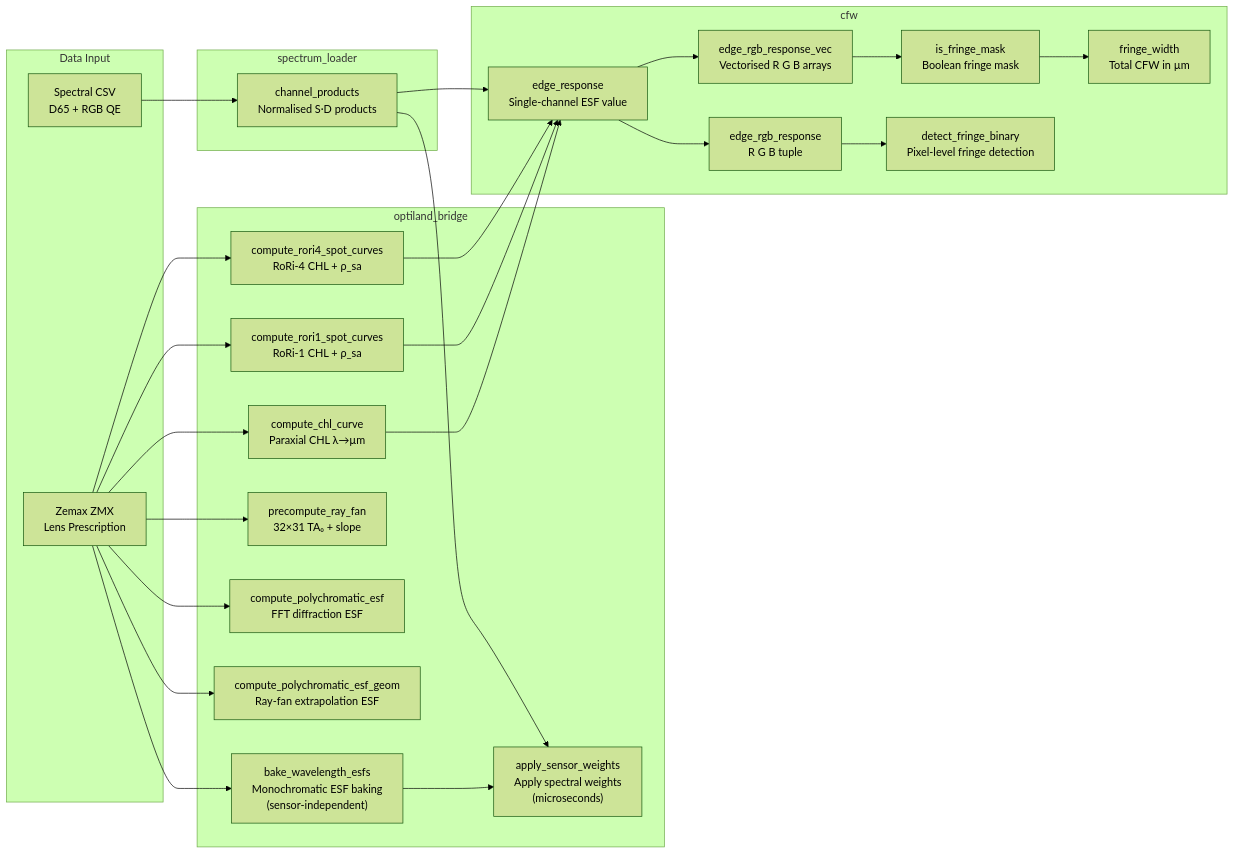
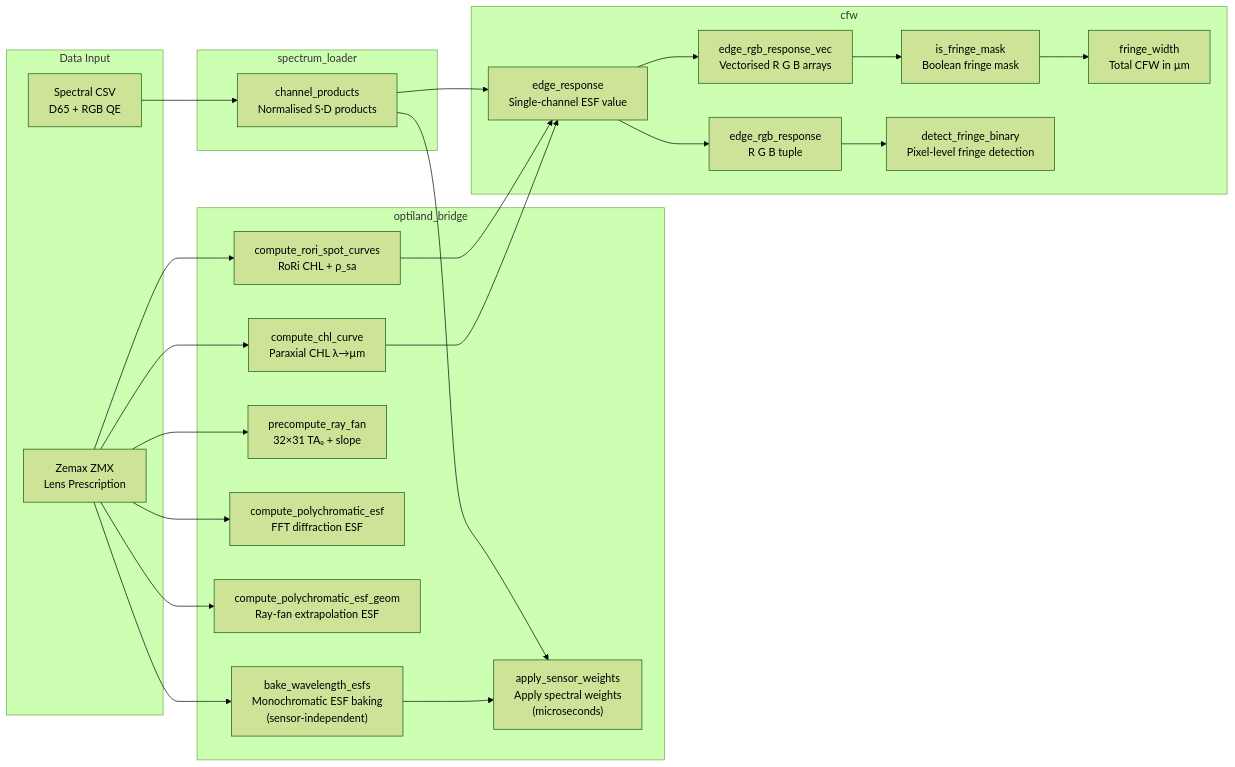
The second of 2 diagrams in report/ChromFringe_Report.md (Leyangf/ColorFringeCalculation), drawn with Mermaid (forest theme) before and after one commit. The commit also changed other lines of this file and 7 other files, not shown here.

````diff
--- a/report/ChromFringe_Report.md
+++ b/report/ChromFringe_Report.md
@@ -158,39 +158,38 @@
 ```mermaid
 flowchart LR
     subgraph Data Input
         ZMX[Zemax ZMX\nLens Prescription]
         CSV[Spectral CSV\nD65 + RGB QE]
     end
 
     subgraph optiland_bridge
         CHL[compute_chl_curve\nParaxial CHL λ→µm]
-        RORI1[compute_rori1_spot_curves\nRoRi-1 CHL + ρ_sa]
-        RORI4[compute_rori4_spot_curves\nRoRi-4 CHL + ρ_sa]
+        RORI[compute_rori_spot_curves\nRoRi CHL + ρ_sa]
         FAN[precompute_ray_fan\n32×31 TA₀ + slope]
         FFT[compute_polychromatic_esf\nFFT diffraction ESF]
         GEOM[compute_polychromatic_esf_geom\nRay-fan extrapolation ESF]
         BAKE["bake_wavelength_esfs\nMonochromatic ESF baking\n(sensor-independent)"]
         APPLY["apply_sensor_weights\nApply spectral weights\n(microseconds)"]
     end
 
     subgraph spectrum_loader
         SD[channel_products\nNormalised S·D products]
     end
 
     subgraph cfw
         ER[edge_response\nSingle-channel ESF value]
         ERGB[edge_rgb_response\nR G B tuple]
         ERVEC[edge_rgb_response_vec\nVectorised R G B arrays]
         IFM[is_fringe_mask\nBoolean fringe mask]
         DFB[detect_fringe_binary\nPixel-level fringe detection]
         FW[fringe_width\nTotal CFW in µm]
     end
 
-    ZMX --> CHL & RORI1 & RORI4 & FAN & FFT & GEOM & BAKE
+    ZMX --> CHL & RORI & FAN & FFT & GEOM & BAKE
     BAKE --> APPLY
     CSV --> SD
     SD --> ER & APPLY
-    CHL & RORI1 & RORI4 --> ER
+    CHL & RORI --> ER
     ER --> ERGB --> DFB
     ER --> ERVEC --> IFM --> FW
 ```
````
